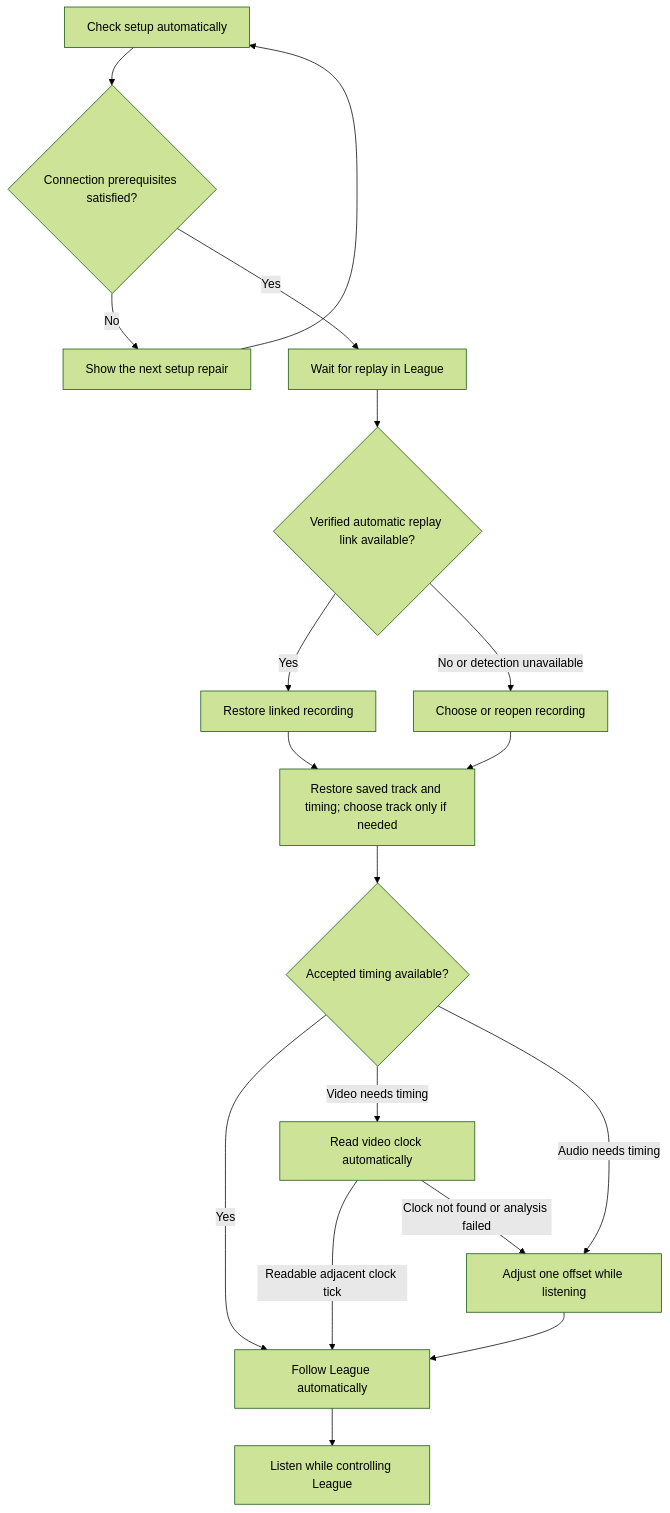
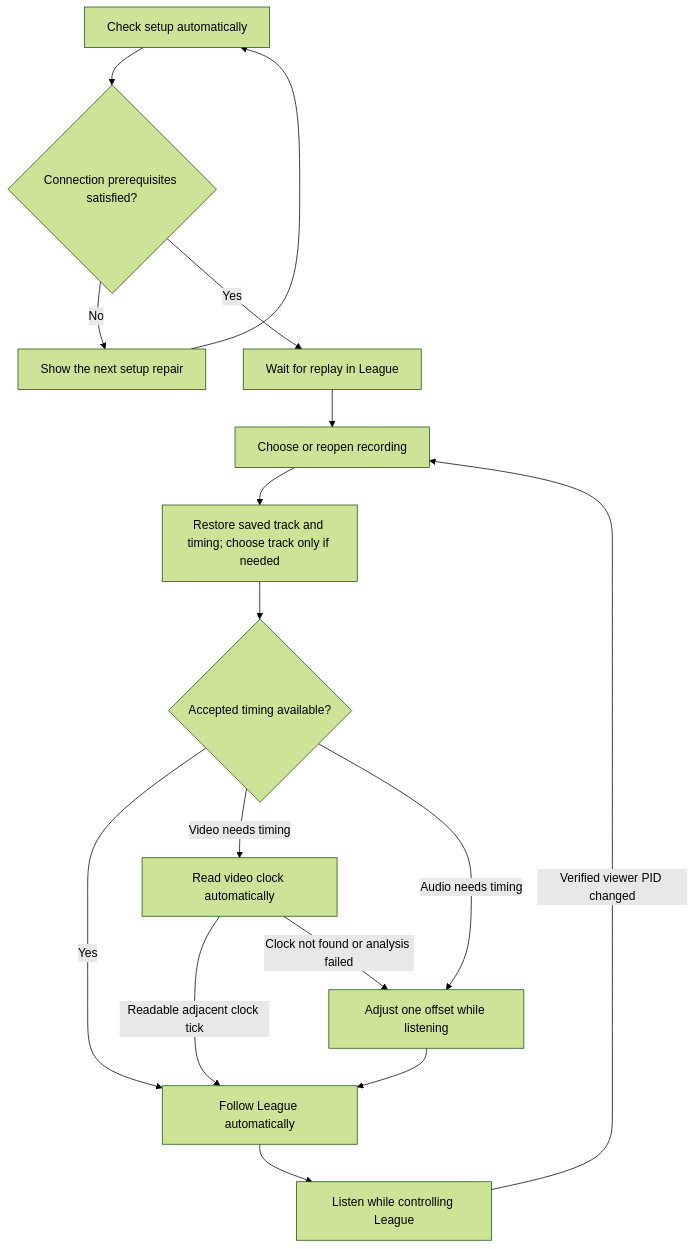
One commit to felixmirave/league-replay-comms changed the diagram in UX_DESIGN.md. Above: the diagram before and after it, drawn with Mermaid (forest theme). The commit also changed other lines of this file and 8 other files, not shown here.

````diff
--- a/UX_DESIGN.md
+++ b/UX_DESIGN.md
@@ -33,20 +29,18 @@
 ```mermaid
 flowchart TD
     A[Check setup automatically] --> B{Connection prerequisites satisfied?}
     B -->|No| C[Show the next setup repair]
     C --> A
     B -->|Yes| D[Wait for replay in League]
-    D --> F{Verified automatic replay link available?}
-    F -->|Yes| G[Restore linked recording]
-    F -->|No or detection unavailable| H[Choose or reopen recording]
-    G --> I[Restore saved track and timing; choose track only if needed]
-    H --> I
+    D --> H[Choose or reopen recording]
+    H --> I[Restore saved track and timing; choose track only if needed]
     I --> J{Accepted timing available?}
     J -->|Yes| N[Follow League automatically]
     J -->|Video needs timing| K[Read video clock automatically]
     J -->|Audio needs timing| L[Adjust one offset while listening]
     K -->|Readable adjacent clock tick| N
     K -->|Clock not found or analysis failed| L
     L --> N
     N --> P[Listen while controlling League]
+    P -->|Verified viewer PID changed| H
 ```
````
